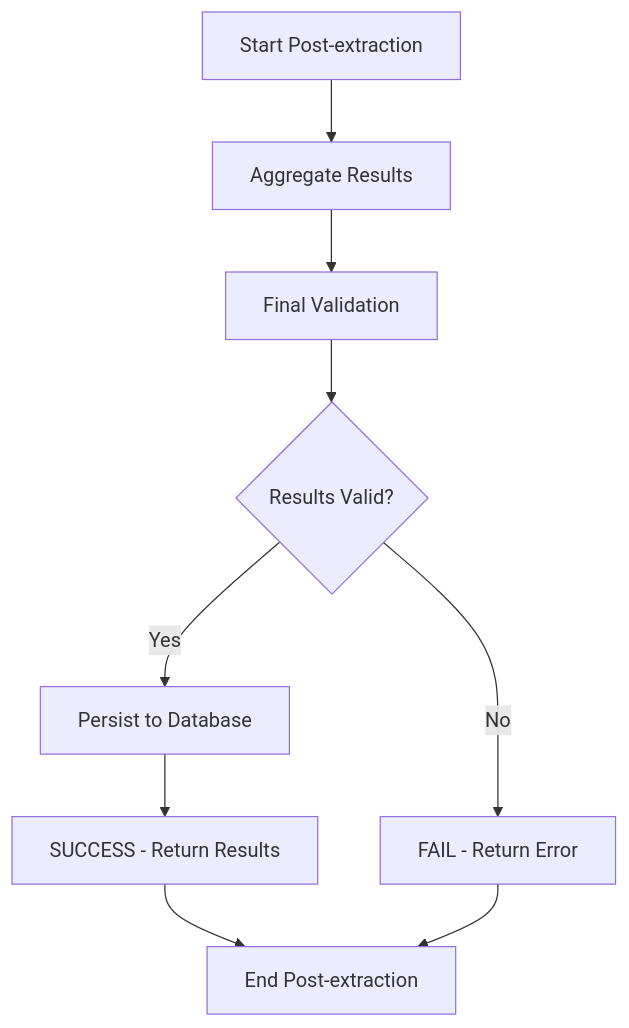
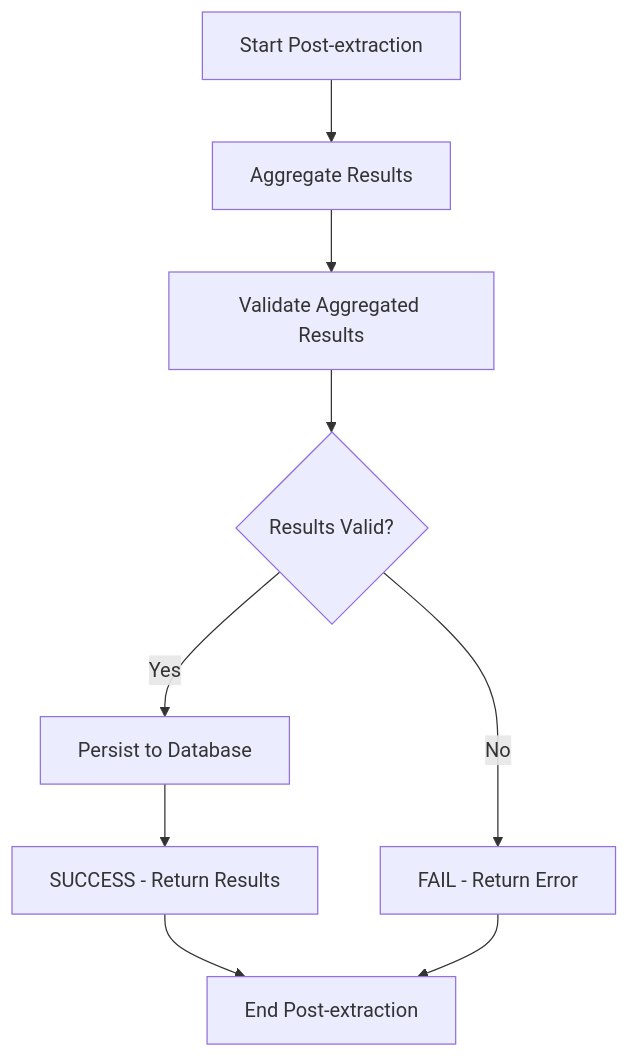
One commit to joowd-k9/clear-api-test changed the third of 6 diagrams in docs/processing_engine/processor_execution_logic_v5.md. Above: the diagram before and after it, drawn with Mermaid. The commit also changed other lines of this file and 1 other file, not shown here.

````diff
--- a/docs/processing_engine/processor_execution_logic_v5.md
+++ b/docs/processing_engine/processor_execution_logic_v5.md
@@ -236,12 +214,12 @@
 ```mermaid
 graph TD
     S0[Start Post-extraction] --> S1[Aggregate Results]
-    S1 --> S2[Final Validation]
+    S1 --> S2[Validate Aggregated Results]
     S2 --> S3{Results Valid?}
     S3 -->|Yes| S4[Persist to Database]
     S3 -->|No| S6[FAIL - Return Error]
     S4 --> S5[SUCCESS - Return Results]
     S5 --> S7[End Post-extraction]
     S6 --> S7
 
 ```
````
